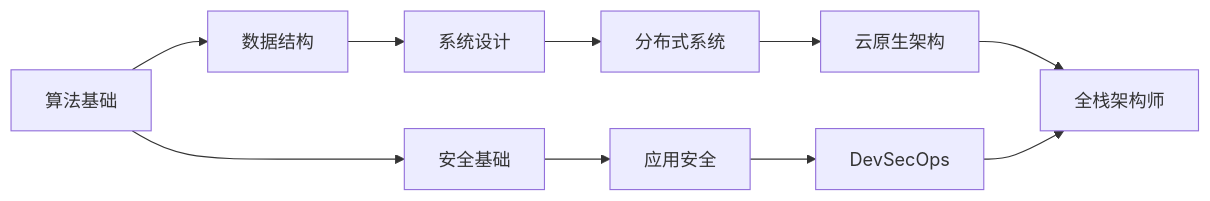
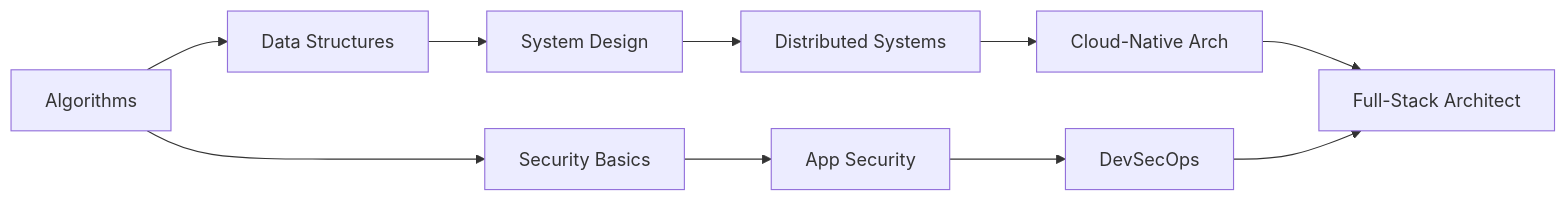
One commit to yuanshikai168/yuanshikai168 changed the diagram in README.md. Above: the diagram before and after it, drawn with Mermaid. The commit also changed other lines of this file, not shown here.

Commit message:
docs: polish README with Now section, activity graph, unified box styles

````diff
--- a/README.md
+++ b/README.md
@@ -287,12 +391,12 @@
 ```mermaid
 graph LR
-    A["算法基础"] --> B["数据结构"]
-    B --> C["系统设计"]
-    C --> D["分布式系统"]
-    D --> E["云原生架构"]
-    A --> F["安全基础"]
-    F --> G["应用安全"]
+    A["Algorithms"] --> B["Data Structures"]
+    B --> C["System Design"]
+    C --> D["Distributed Systems"]
+    D --> E["Cloud-Native Arch"]
+    A --> F["Security Basics"]
+    F --> G["App Security"]
     G --> H["DevSecOps"]
-    E --> I["全栈架构师"]
+    E --> I["Full-Stack Architect"]
     H --> I
 ```
````
